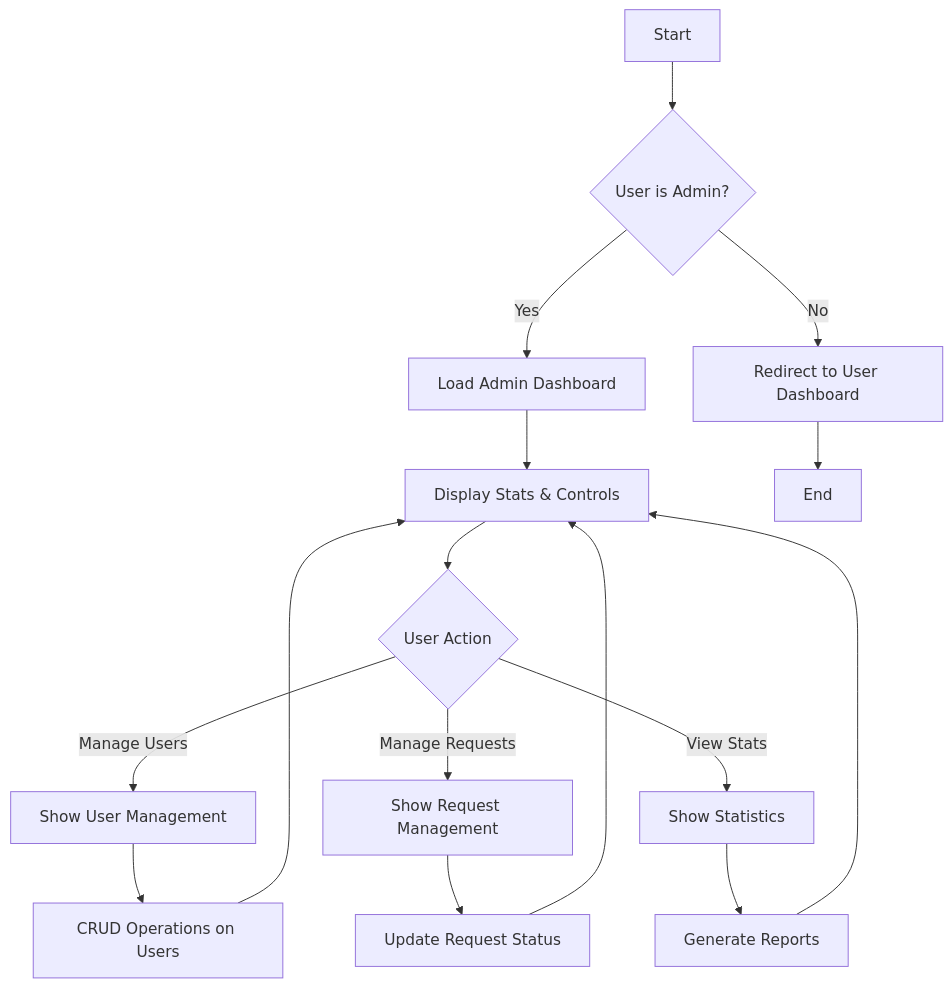
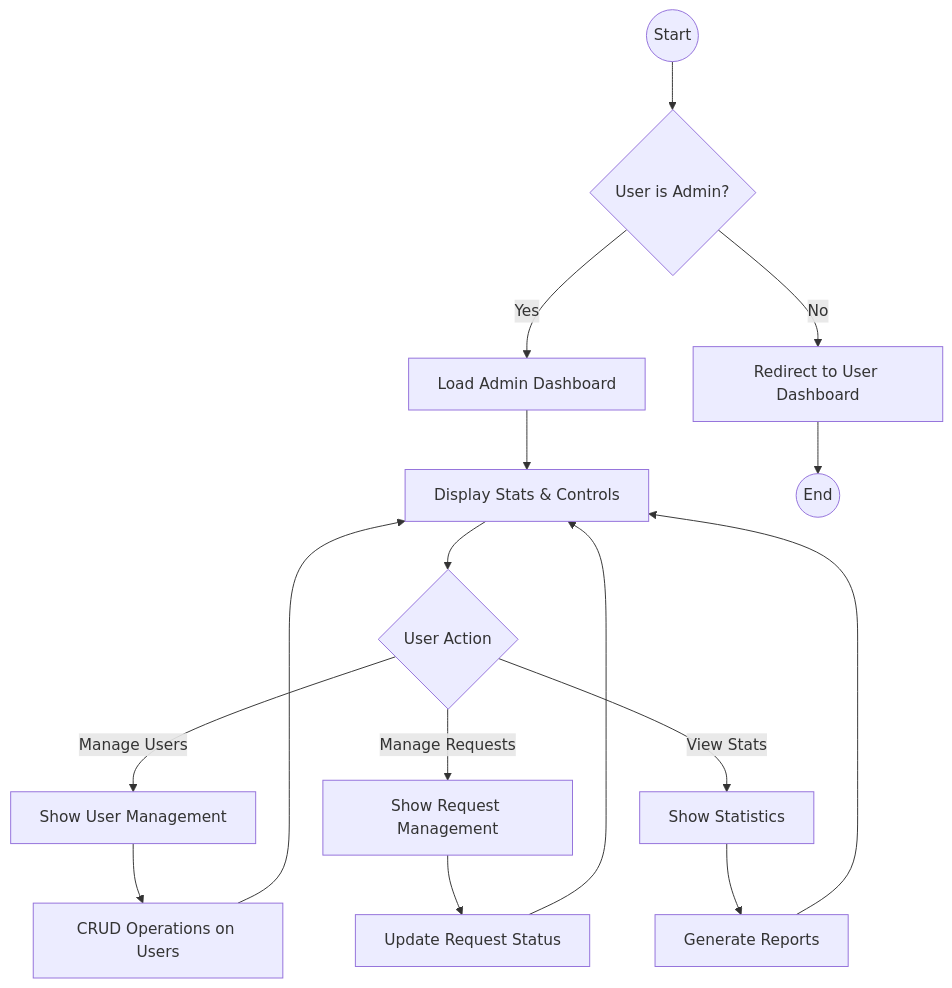
The fifth of 6 diagrams in CHAPTER_4_5_DOCUMENTATION.md (Princeobeten/waste-information-management-system-), drawn with Mermaid before and after one commit. The commit also changed other lines of this file and 6 other files, not shown here.

````diff
--- a/CHAPTER_4_5_DOCUMENTATION.md
+++ b/CHAPTER_4_5_DOCUMENTATION.md
@@ -349,18 +357,18 @@
 ```mermaid
 flowchart TD
-    A[Start] --> B{User is Admin?}
+    A((Start)) --> B{User is Admin?}
     B -->|Yes| C[Load Admin Dashboard]
     B -->|No| D[Redirect to User Dashboard]
     C --> E[Display Stats & Controls]
     E --> F{User Action}
     F -->|Manage Users| G[Show User Management]
     F -->|Manage Requests| H[Show Request Management]
     F -->|View Stats| I[Show Statistics]
     G --> J[CRUD Operations on Users]
     H --> K[Update Request Status]
     I --> L[Generate Reports]
     J --> E
     K --> E
     L --> E
-    D --> M[End]
+    D --> M((End))
 ```
````
